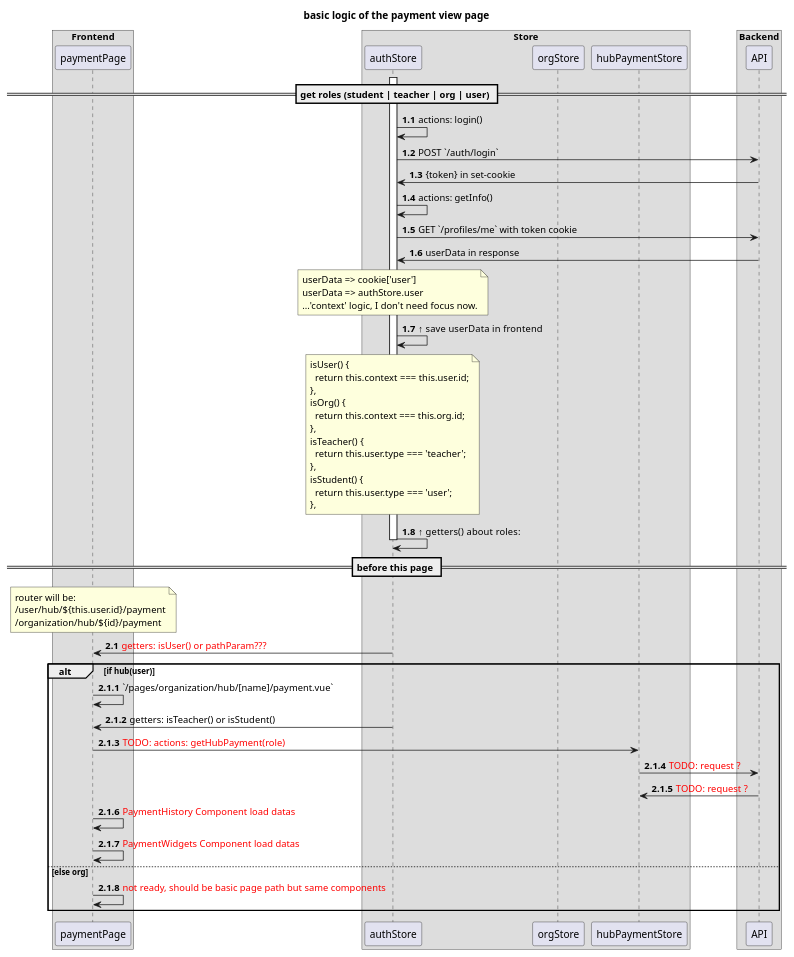
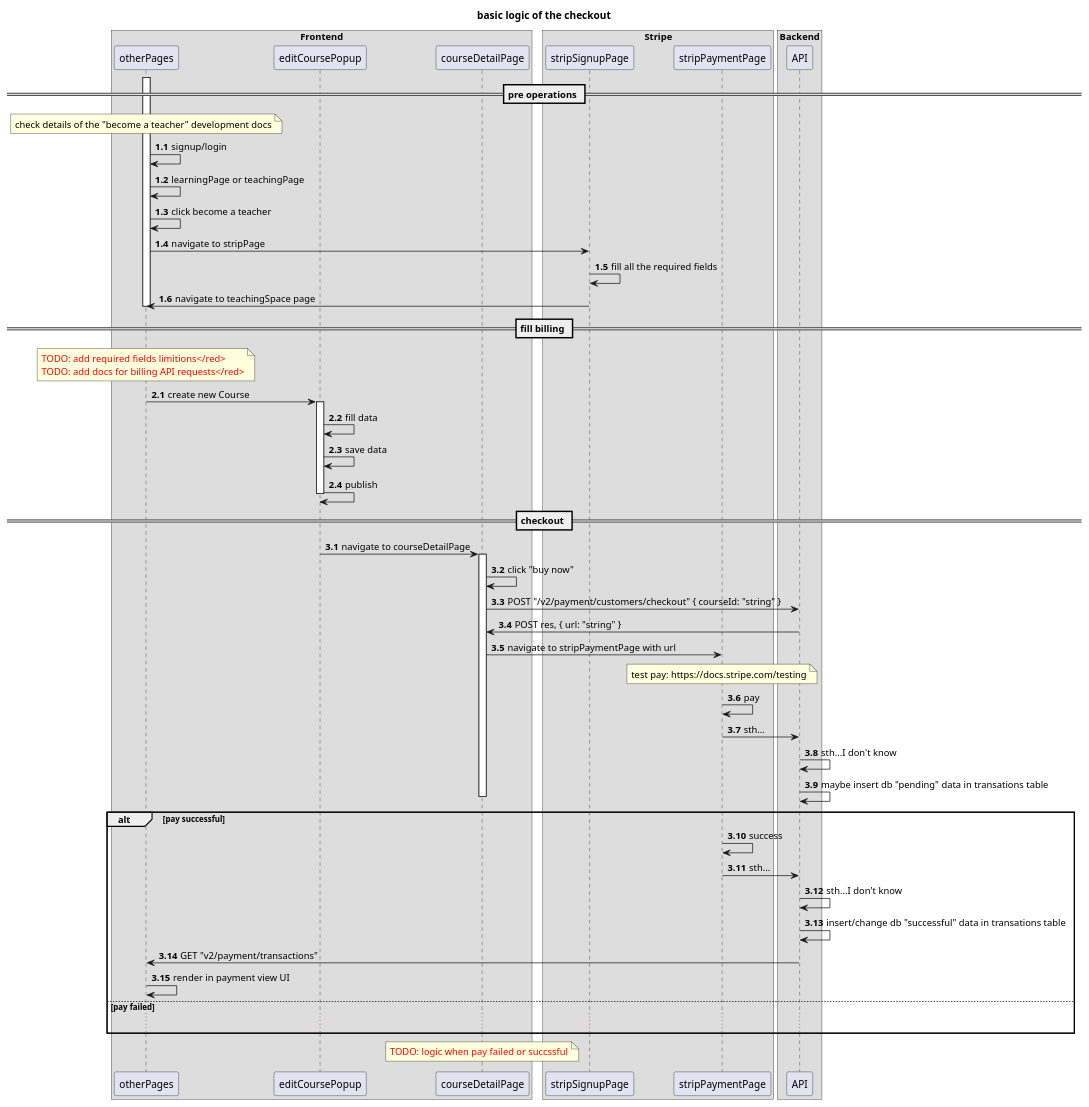
The diagram in src/aladia/upwork-aladia-payment-checkout.wsd (chase-si/umlDesigns), drawn with PlantUML before and after one commit. The commit also changed 3 other files, not shown here.

```diff
--- a/src/aladia/upwork-aladia-payment-checkout.wsd
+++ b/src/aladia/upwork-aladia-payment-checkout.wsd
@@ -1,75 +1,84 @@
 @startuml
-title "basic logic of the payment view page"
+title "basic logic of the checkout"
 
 box "Frontend"
-participant paymentPage
+participant otherPages
+participant editCoursePopup
+participant courseDetailPage
+end box
+
+box "Stripe"
+participant stripSignupPage
+participant stripPaymentPage
 end box
 
 box "Store"
-participant authStore
-participant orgStore
-participant hubPaymentStore
+' participant authStore
+' participant orgStore
+' participant hubPaymentStore
 end box
 
 box "Backend"
 participant API
 end box
 
-== get roles (student | teacher | org | user) ==
+== pre operations ==
 autonumber 1.1
-activate authStore
-authStore -> authStore : actions: login()
-authStore -> API : POST `/auth/login`
-API -> authStore: {token} in set-cookie
-authStore -> authStore: actions: getInfo()
-authStore -> API: GET `/profiles/me` with token cookie
-authStore <- API: userData in response
+activate otherPages
+note over otherPages
+check details of the "become a teacher" development docs
+end note 
+otherPages -> otherPages: signup/login
+otherPages -> otherPages: learningPage or teachingPage
+otherPages -> otherPages: click become a teacher
+otherPages -> stripSignupPage: navigate to stripPage
+stripSignupPage -> stripSignupPage: fill all the required fields
+otherPages <- stripSignupPage: navigate to teachingSpace page
+deactivate otherPages
 
-note over authStore
-userData => cookie['user']
-userData => authStore.user
-...'context' logic, I don't need focus now.
-end note
-authStore -> authStore: ↑ save userData in frontend
-note over authStore
-isUser() {
-  return this.context === this.user.id;
-},
-isOrg() {
-  return this.context === this.org.id;
-},
-isTeacher() {
-  return this.user.type === 'teacher';
-},
-isStudent() {
-  return this.user.type === 'user';
-},
-end note
-authStore -> authStore: ↑ getters() about roles:
-deactivate authStore
+== fill billing ==
+autonumber 2.1
+note over otherPages
+<color red>TODO: add required fields limitions</red>
+<color red>TODO: add docs for billing API requests</red>
+end note 
+otherPages -> editCoursePopup: create new Course 
+activate editCoursePopup
+editCoursePopup -> editCoursePopup: fill data
+editCoursePopup -> editCoursePopup: save data
+editCoursePopup -> editCoursePopup: publish
+deactivate editCoursePopup
 
-== before this page ==
+== checkout ==
+autonumber 3.1
+editCoursePopup -> courseDetailPage: navigate to courseDetailPage
+activate courseDetailPage
+courseDetailPage -> courseDetailPage : click "buy now"
+courseDetailPage -> API: POST "/v2/payment/customers/checkout" { courseId: "string" }
+courseDetailPage <- API: POST res, { url: "string" }
+courseDetailPage -> stripPaymentPage: navigate to stripPaymentPage with url
+note over stripPaymentPage
+test pay: https://docs.stripe.com/testing
+end note 
+stripPaymentPage -> stripPaymentPage: pay
+stripPaymentPage -> API: sth...
+API -> API: sth...I don't know
+API -> API: maybe insert db "pending" data in transations table
+deactivate courseDetailPage
 
-note over paymentPage
-router will be:
-/user/hub/${this.user.id}/payment
-/organization/hub/${id}/payment
-end note
-autonumber 2.1
-paymentPage <- authStore: <color red>getters: isUser() or pathParam???</color>
-
-alt if hub(user)
-autonumber 2.1.1
-paymentPage -> paymentPage: `/pages/organization/hub/[name]/payment.vue`
-paymentPage <- authStore: getters: isTeacher() or isStudent()
-paymentPage -> hubPaymentStore:  <color red>TODO: actions: getHubPayment(role)</color>
-hubPaymentStore -> API:  <color red>TODO: request ?</color>
-hubPaymentStore <- API:  <color red>TODO: request ?</color>
-paymentPage -> paymentPage: <color red>PaymentHistory Component load datas</color>
-paymentPage -> paymentPage: <color red>PaymentWidgets Component load datas</color>
-
-else else org
-paymentPage -> paymentPage: <color red>not ready, should be basic page path but same components </color>
+alt pay successful
+stripPaymentPage -> stripPaymentPage: success
+stripPaymentPage -> API: sth...
+API -> API: sth...I don't know
+API -> API: insert/change db "successful" data in transations table
+otherPages <- API: GET "v2/payment/transactions"
+otherPages -> otherPages: render in payment view UI
+else pay failed
+...
 end
 
+note over courseDetailPage
+<color red>TODO: logic when pay failed or succssful</color>
+end note 
+
 @enduml
```
